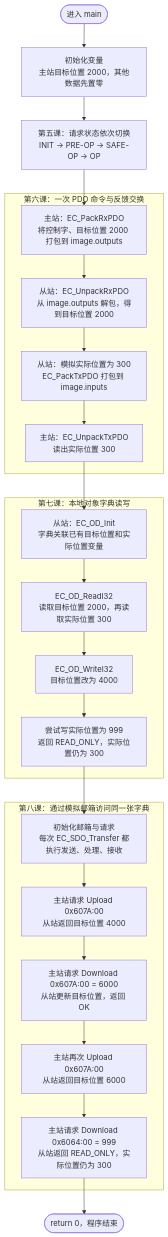
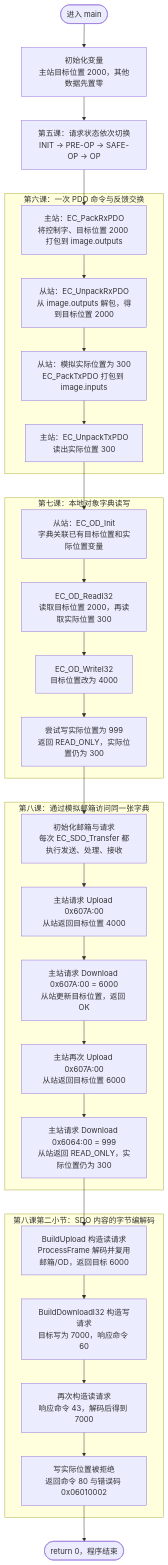
Before and after one commit to BigFog666/EtherCat_0to1: the first of 2 diagrams in docs/程序运行流程图.md, drawn with Mermaid. The commit also changed other lines of this file and 9 other files, not shown here.

First line of the commit message:
第八课第二小节：增加快速 SDO 字节编解码与流程图

````diff
--- a/docs/程序运行流程图.md
+++ b/docs/程序运行流程图.md
@@ -11,37 +13,46 @@
 ```mermaid
 flowchart TD
     START(["进入 main"])
     INIT["初始化变量<br/>主站目标位置 2000，其他数据先置零"]
     STATE["第五课：请求状态依次切换<br/>INIT → PRE-OP → SAFE-OP → OP"]
 
     subgraph PDO["第六课：一次 PDO 命令与反馈交换"]
         P1["主站：EC_PackRxPDO<br/>将控制字、目标位置 2000 打包到 image.outputs"]
         P2["从站：EC_UnpackRxPDO<br/>从 image.outputs 解包，得到目标位置 2000"]
         P3["从站：模拟实际位置为 300<br/>EC_PackTxPDO 打包到 image.inputs"]
         P4["主站：EC_UnpackTxPDO<br/>读出实际位置 300"]
         P1 --> P2 --> P3 --> P4
     end
 
     subgraph OD["第七课：本地对象字典读写"]
         O1["从站：EC_OD_Init<br/>字典关联已有目标位置和实际位置变量"]
         O2["EC_OD_ReadI32<br/>读取目标位置 2000，再读取实际位置 300"]
         O3["EC_OD_WriteI32<br/>目标位置改为 4000"]
         O4["尝试写实际位置为 999<br/>返回 READ_ONLY，实际位置仍为 300"]
         O1 --> O2 --> O3 --> O4
     end
 
     subgraph SDO["第八课：通过模拟邮箱访问同一张字典"]
         S1["初始化邮箱与请求<br/>每次 EC_SDO_Transfer 都执行发送、处理、接收"]
         S2["主站请求 Upload 0x607A:00<br/>从站返回目标位置 4000"]
         S3["主站请求 Download 0x607A:00 = 6000<br/>从站更新目标位置，返回 OK"]
         S4["主站再次 Upload 0x607A:00<br/>从站返回目标位置 6000"]
         S5["主站请求 Download 0x6064:00 = 999<br/>从站返回 READ_ONLY，实际位置仍为 300"]
         S1 --> S2 --> S3 --> S4 --> S5
     end
 
+    subgraph WIRE["第八课第二小节：SDO 内容的字节编解码"]
+        W1["BuildUpload 构造读请求<br/>ProcessFrame 解码并复用邮箱/OD，返回目标 6000"]
+        W2["BuildDownloadI32 构造写请求<br/>目标写为 7000，响应命令 60"]
+        W3["再次构造读请求<br/>响应命令 43，解码后得到 7000"]
+        W4["写实际位置被拒绝<br/>返回命令 80 与错误码 0x06010002"]
+        W1 --> W2 --> W3 --> W4
+    end
+
     FINISH(["return 0，程序结束"])
     START --> INIT --> STATE --> P1
     P4 --> O1
     O4 --> S1
-    S5 --> FINISH
+    S5 --> W1
+    W4 --> FINISH
 ```
````
